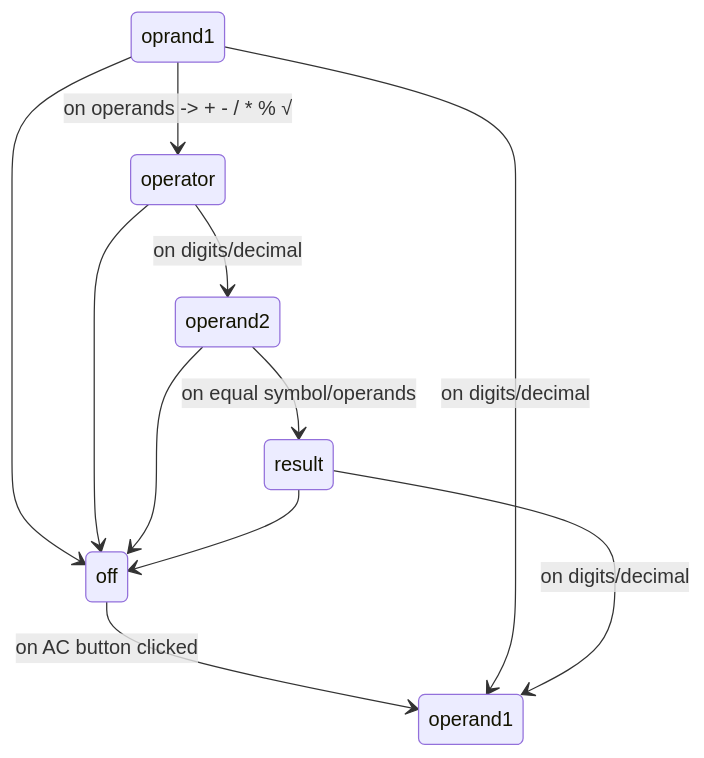
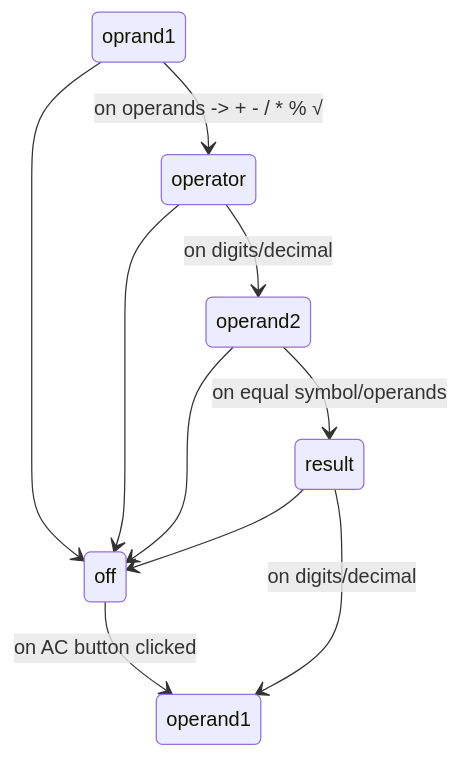
Before and after one commit to noushad-pp/react-retro-calculator: the diagram in README.md, drawn with Mermaid.

Commit message:
Improvements

````diff
--- a/README.md
+++ b/README.md
@@ -25,17 +25,16 @@
 ```mermaid
 stateDiagram-v2
     off --> operand1: on AC button clicked
 
     oprand1 --> off
-    oprand1 --> operand1: on digits/decimal
     oprand1 --> operator: on operands -> + - / * % √
 
     operator --> off
     operator --> operand2: on digits/decimal
 
     operand2 --> off
     operand2 --> result: on equal symbol/operands
 
     result --> operand1: on digits/decimal
     result --> off
 ```
````
